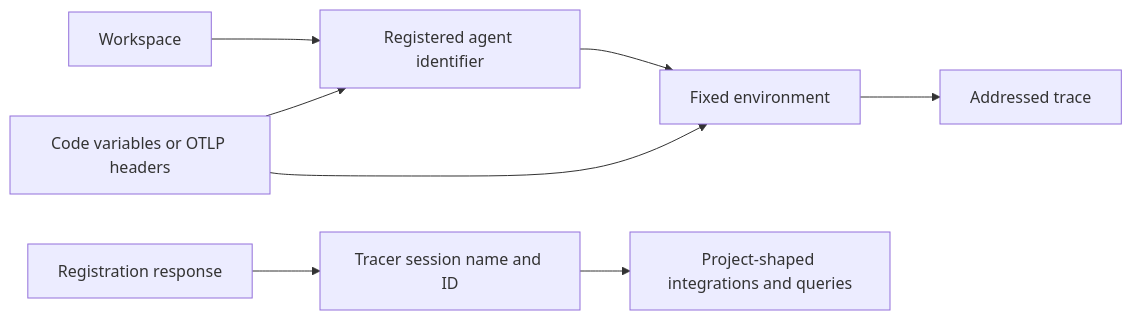
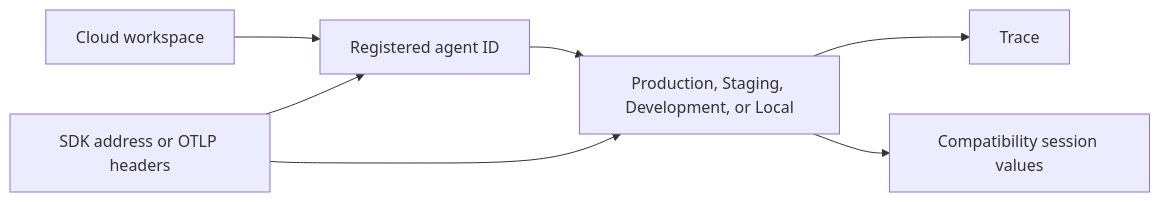
One commit to langchain-ai/docs changed the first of 3 diagrams in openwiki/workflows/langsmith-agent-documentation.md. Above: the diagram before and after it, drawn with Mermaid. The commit also changed other lines of this file and 29 other files, not shown here.

````diff
--- a/openwiki/workflows/langsmith-agent-documentation.md
+++ b/openwiki/workflows/langsmith-agent-documentation.md
@@ -96,10 +59,9 @@
 ```mermaid
 flowchart LR
-  Workspace["Workspace"] --> Agent["Registered agent identifier"]
-  Agent --> Environment["Fixed environment"]
-  Environment --> Trace["Addressed trace"]
-  Registration["Registration response"] --> Compatibility["Tracer session name and ID"]
-  Compatibility --> Legacy["Project-shaped integrations and queries"]
-  Address["Code variables or OTLP headers"] --> Agent
-  Address --> Environment
+  Workspace["Cloud workspace"] --> Agent["Registered agent ID"]
+  Agent --> Env["Production, Staging, Development, or Local"]
+  Env --> Trace["Trace"]
+  Address["SDK address or OTLP headers"] --> Agent
+  Address --> Env
+  Env --> Session["Compatibility session values"]
 ```
````
